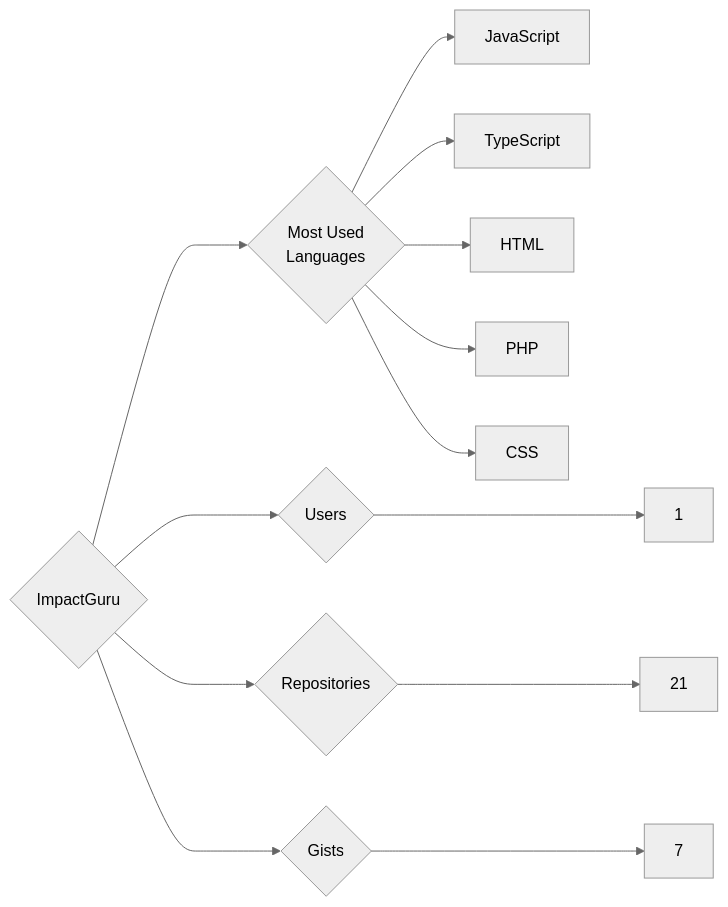
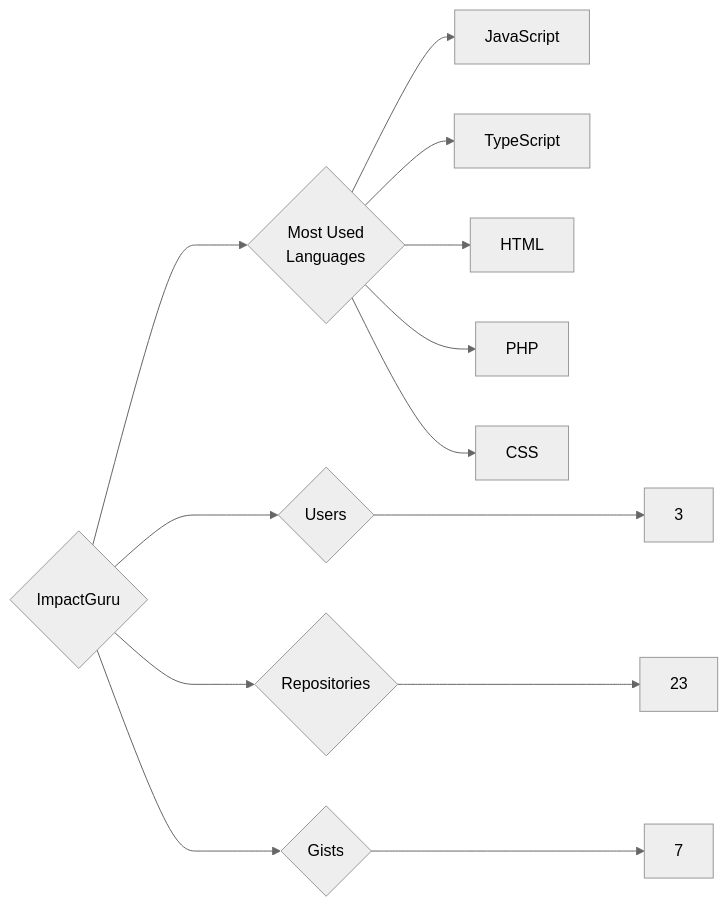
One commit to trickest/insiders changed the diagram in targets/ImpactGuru/README.md. Above: the diagram before and after it, drawn with Mermaid (neutral theme). The commit also changed 1023 other files, not shown here.

````diff
--- a/targets/ImpactGuru/README.md
+++ b/targets/ImpactGuru/README.md
@@ -3,13 +3,13 @@
 ```mermaid
 graph LR
 COMPANY_NAME{ImpactGuru}
-COMPANY_NAME ---> U{Users} ---> UN[1]
-COMPANY_NAME ---> R{Repositories} ---> RN[21]
+COMPANY_NAME ---> U{Users} ---> UN[3]
+COMPANY_NAME ---> R{Repositories} ---> RN[23]
 COMPANY_NAME ---> G{Gists} ---> GN[7]
 COMPANY_NAME ---> ML{Most Used<br>Languages}
 ML --> JavaScript[JavaScript]
 ML --> TypeScript[TypeScript]
 ML --> HTML[HTML]
 ML --> PHP[PHP]
 ML --> CSS[CSS]
 ```
````
